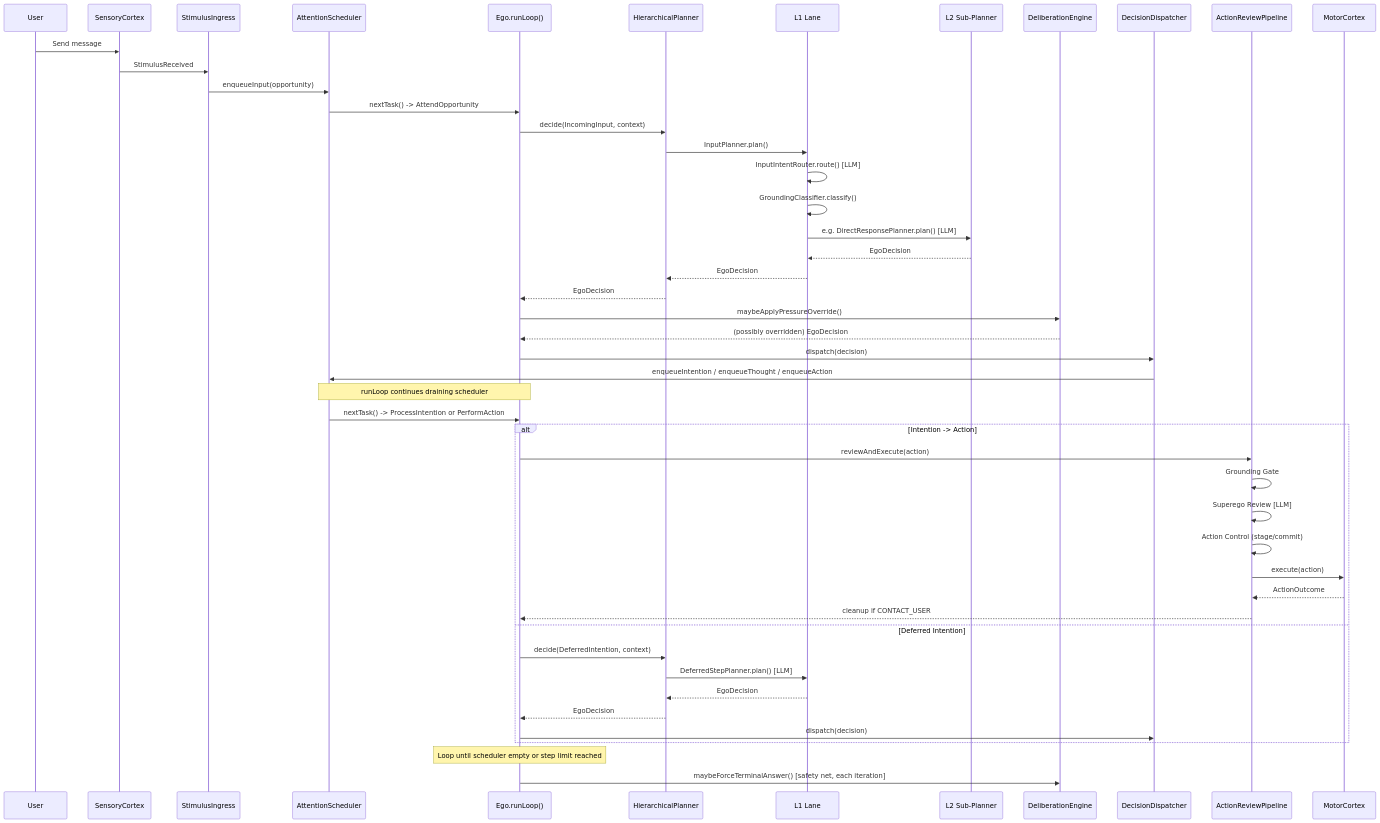
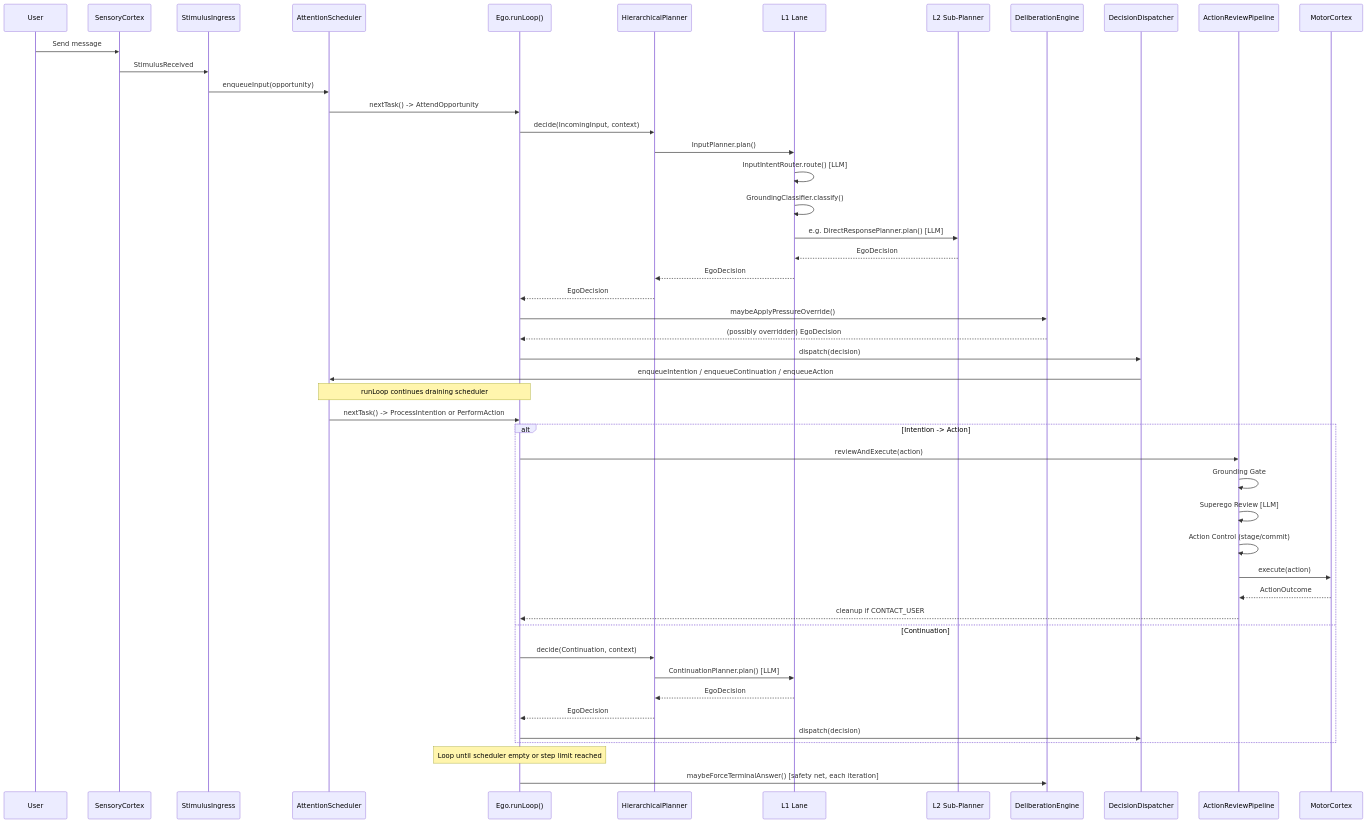
Before and after one commit to neopsyke/NeoPsyke: the fifth of 5 diagrams in docs/PLANNER_FLOW_DIAGRAM.md, drawn with Mermaid. The commit also changed other lines of this file and 75 other files, not shown here.

Commit message:
refactor(ego): replace deferred intentions with continuations

````diff
--- a/docs/PLANNER_FLOW_DIAGRAM.md
+++ b/docs/PLANNER_FLOW_DIAGRAM.md
@@ -238,58 +241,58 @@
 ```mermaid
 sequenceDiagram
     participant U as User
     participant SC as SensoryCortex
     participant SIC as StimulusIngress
     participant AS as AttentionScheduler
     participant Ego as Ego.runLoop()
     participant HP as HierarchicalPlanner
     participant L1 as L1 Lane
     participant L2 as L2 Sub-Planner
     participant DE as DeliberationEngine
     participant DD as DecisionDispatcher
     participant ARP as ActionReviewPipeline
     participant MC as MotorCortex
 
     U->>SC: Send message
     SC->>SIC: StimulusReceived
     SIC->>AS: enqueueInput(opportunity)
     AS->>Ego: nextTask() -> AttendOpportunity
 
     Ego->>HP: decide(IncomingInput, context)
     HP->>L1: InputPlanner.plan()
     L1->>L1: InputIntentRouter.route() [LLM]
     L1->>L1: GroundingClassifier.classify()
     L1->>L2: e.g. DirectResponsePlanner.plan() [LLM]
     L2-->>L1: EgoDecision
     L1-->>HP: EgoDecision
     HP-->>Ego: EgoDecision
 
     Ego->>DE: maybeApplyPressureOverride()
     DE-->>Ego: (possibly overridden) EgoDecision
 
     Ego->>DD: dispatch(decision)
-    DD->>AS: enqueueIntention / enqueueThought / enqueueAction
+    DD->>AS: enqueueIntention / enqueueContinuation / enqueueAction
 
     Note over Ego,AS: runLoop continues draining scheduler
 
     AS->>Ego: nextTask() -> ProcessIntention or PerformAction
 
     alt Intention -> Action
         Ego->>ARP: reviewAndExecute(action)
         ARP->>ARP: Grounding Gate
         ARP->>ARP: Superego Review [LLM]
         ARP->>ARP: Action Control (stage/commit)
         ARP->>MC: execute(action)
         MC-->>ARP: ActionOutcome
         ARP-->>Ego: cleanup if CONTACT_USER
-    else Deferred Intention
-        Ego->>HP: decide(DeferredIntention, context)
-        HP->>L1: DeferredStepPlanner.plan() [LLM]
+    else Continuation
+        Ego->>HP: decide(Continuation, context)
+        HP->>L1: ContinuationPlanner.plan() [LLM]
         L1-->>HP: EgoDecision
         HP-->>Ego: EgoDecision
         Ego->>DD: dispatch(decision)
     end
 
     Note over Ego: Loop until scheduler empty or step limit reached
     Ego->>DE: maybeForceTerminalAnswer() [safety net, each iteration]
 ```
````
